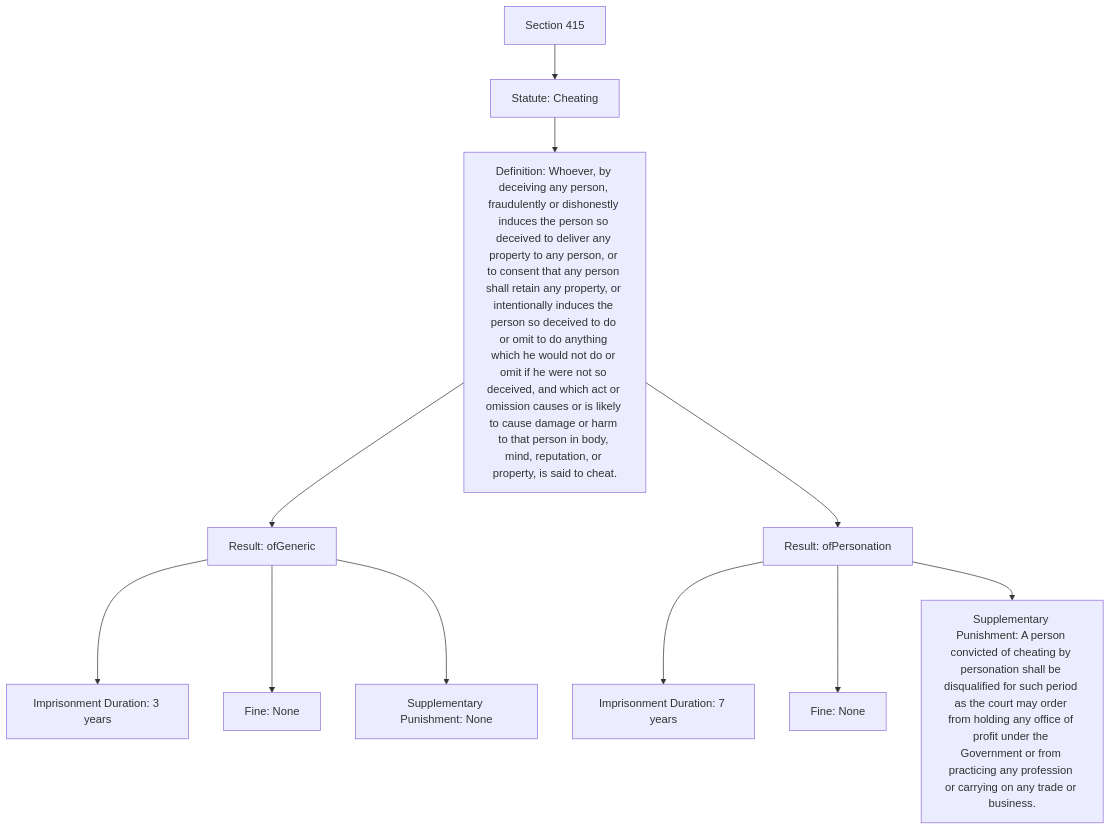
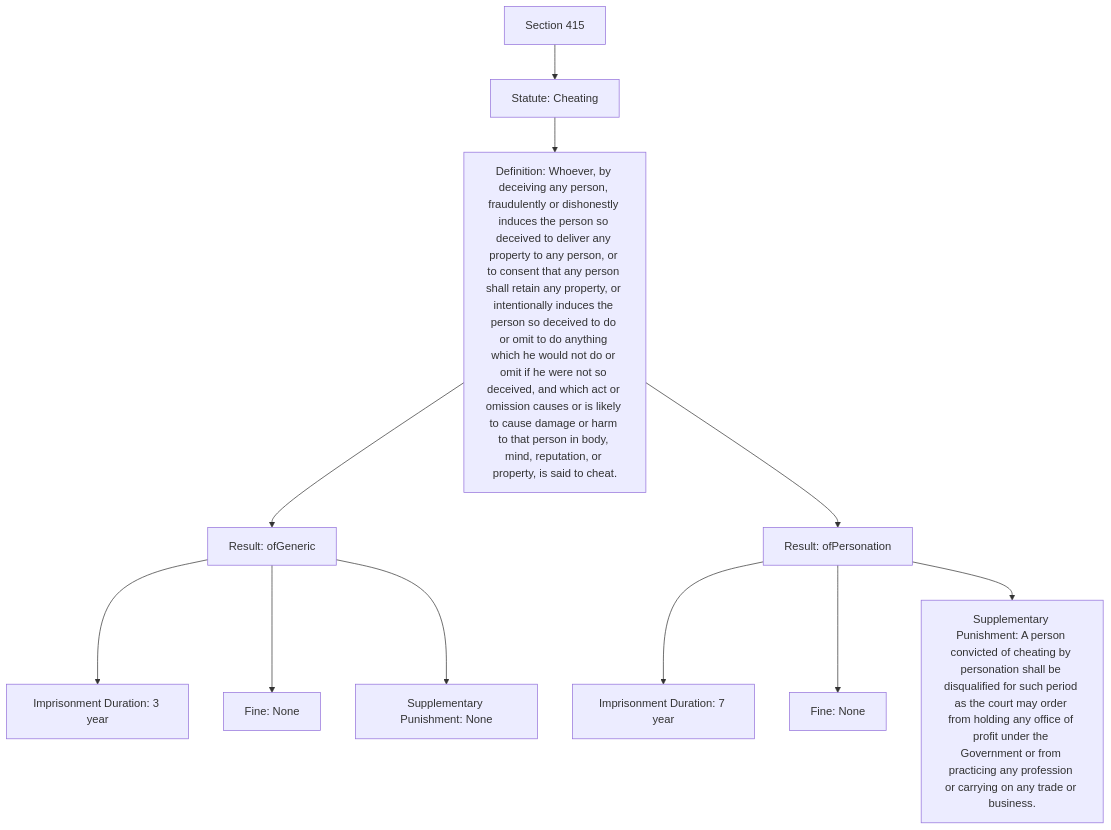
Before and after one commit to gongahkia/yuho: the diagram in web/dep/mmd/cheating.mmd, drawn with Mermaid. The commit also changed 5 other files, not shown here.

```diff
--- a/web/dep/mmd/cheating.mmd
+++ b/web/dep/mmd/cheating.mmd
@@ -1,13 +1,13 @@
 graph TD
 
     A[Section 415] --> B[Statute: Cheating] --> C[Definition: Whoever, by deceiving any person, fraudulently or dishonestly induces the person so deceived to deliver any property to any person, or to consent that any person shall retain any property, or intentionally induces the person so deceived to do or omit to do anything which he would not do or omit if he were not so deceived, and which act or omission causes or is likely to cause damage or harm to that person in body, mind, reputation, or property, is said to cheat.]
 
     C --> D[Result: ofGeneric]
-    D --> D1[Imprisonment Duration: 3 years]
+    D --> D1[Imprisonment Duration: 3 year]
     D --> D2[Fine: None]
     D --> D3[Supplementary Punishment: None]
 
     C --> E[Result: ofPersonation]
-    E --> E1[Imprisonment Duration: 7 years]
+    E --> E1[Imprisonment Duration: 7 year]
     E --> E2[Fine: None]
     E --> E3[Supplementary Punishment: A person convicted of cheating by personation shall be disqualified for such period as the court may order from holding any office of profit under the Government or from practicing any profession or carrying on any trade or business.]
```
